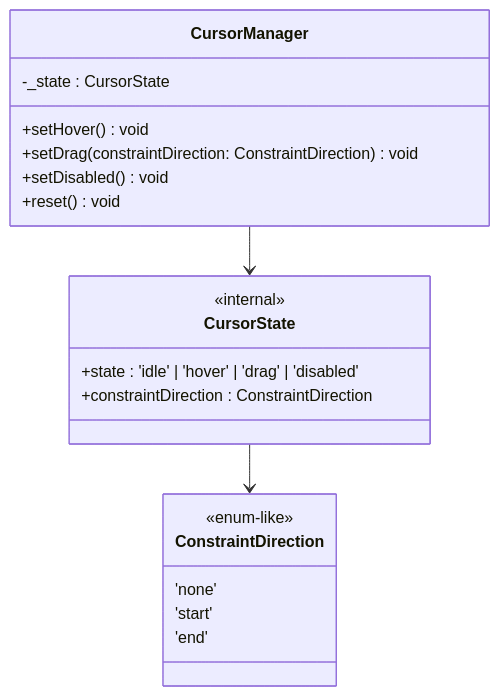
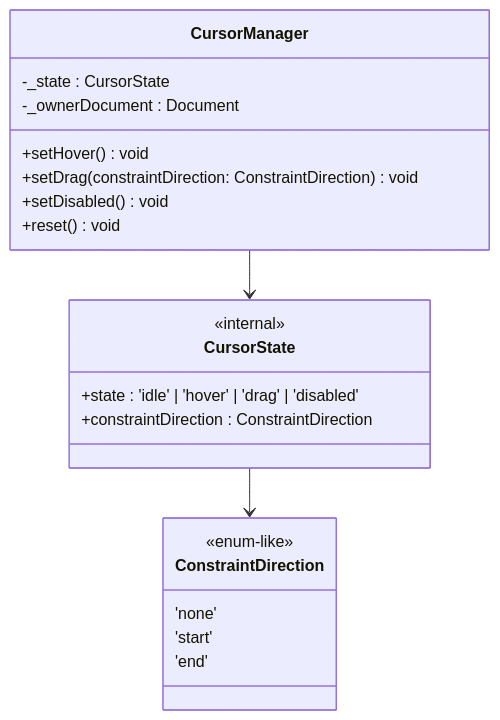
The fifth of 9 diagrams in V1-SA.md (laidasan/resizable-panel), drawn with Mermaid before and after one commit. The commit also changed other lines of this file and 9 other files, not shown here.

````diff
--- a/V1-SA.md
+++ b/V1-SA.md
@@ -213,28 +226,29 @@
 ```mermaid
 classDiagram
     direction TB
 
     class CursorManager {
         -_state : CursorState
+        -_ownerDocument : Document
         +setHover() void
         +setDrag(constraintDirection: ConstraintDirection) void
         +setDisabled() void
         +reset() void
     }
 
     class CursorState {
         <<internal>>
         +state : 'idle' | 'hover' | 'drag' | 'disabled'
         +constraintDirection : ConstraintDirection
     }
 
     class ConstraintDirection {
         <<enum-like>>
         'none'
         'start'
         'end'
     }
 
     CursorManager --> CursorState
     CursorState --> ConstraintDirection
 ```
````
